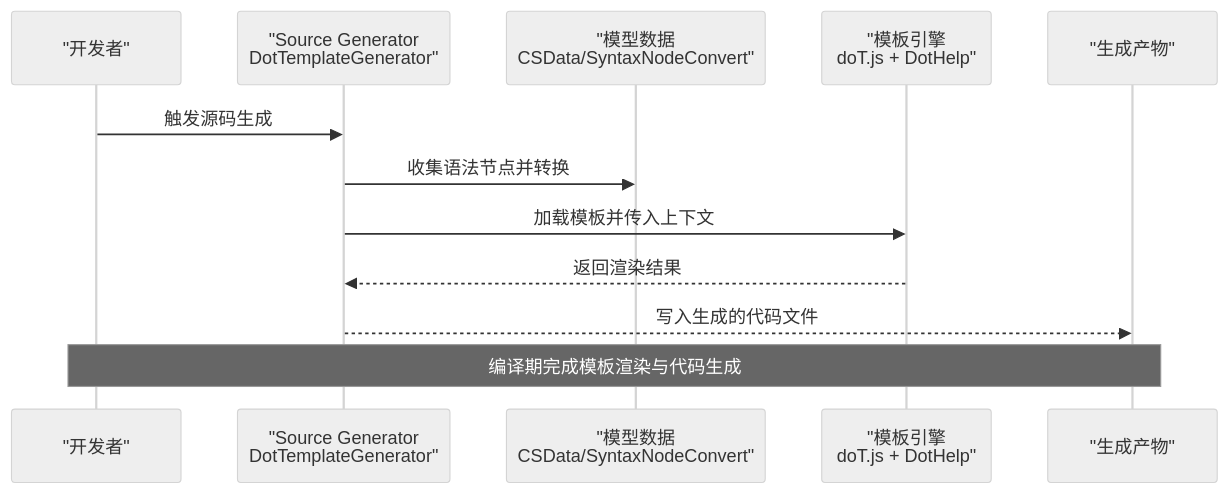
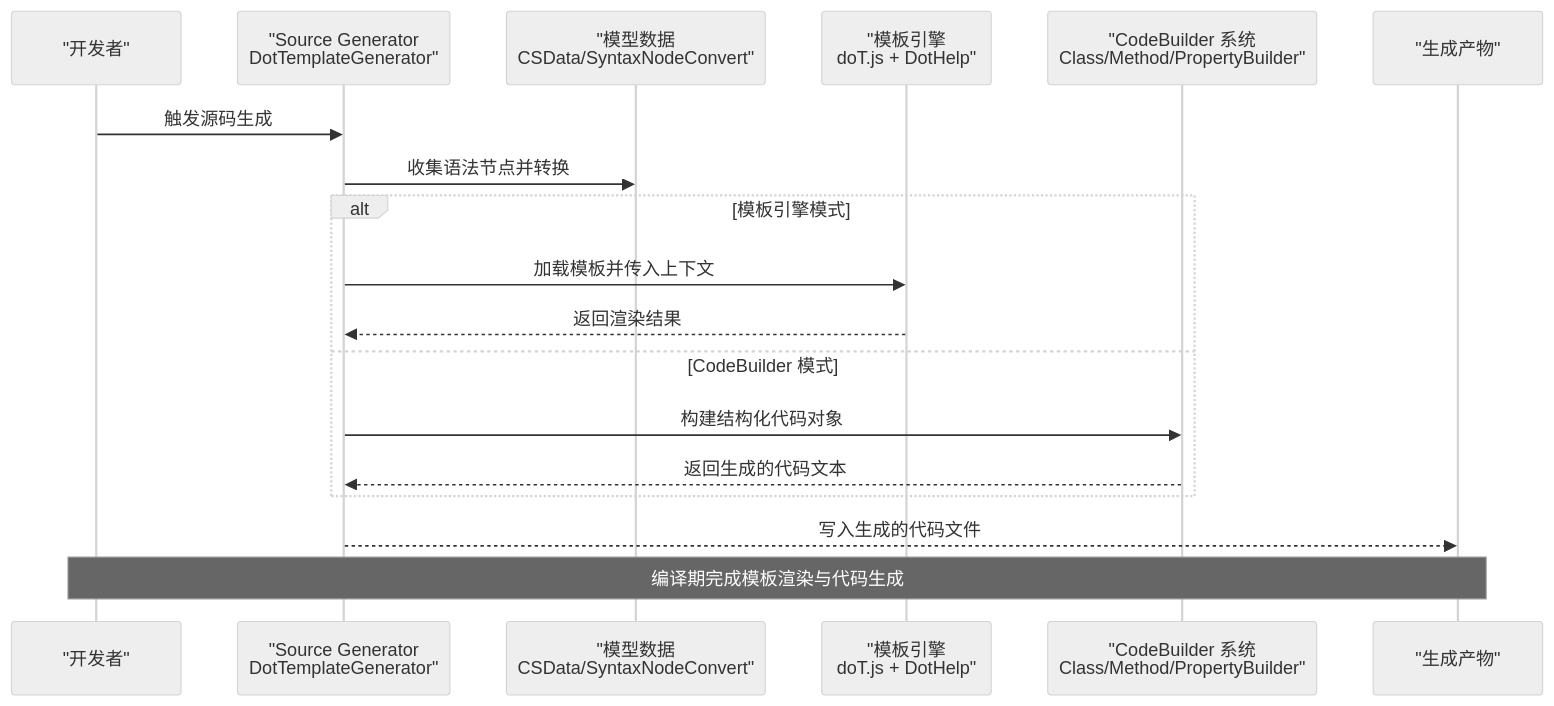
One commit to alivy/AutoCode changed the second of 11 diagrams in .qoder/repowiki/zh/content/核心概念/模板引擎机制.md. Above: the diagram before and after it, drawn with Mermaid (neutral theme). The commit also changed other lines of this file and 279 other files, not shown here.

````diff
--- a/.qoder/repowiki/zh/content/核心概念/模板引擎机制.md
+++ b/.qoder/repowiki/zh/content/核心概念/模板引擎机制.md
@@ -116,14 +152,20 @@
 ```mermaid
 sequenceDiagram
 participant Dev as "开发者"
 participant SG as "Source Generator<br/>DotTemplateGenerator"
 participant Model as "模型数据<br/>CSData/SyntaxNodeConvert"
 participant Engine as "模板引擎<br/>doT.js + DotHelp"
+participant Builder as "CodeBuilder 系统<br/>Class/Method/PropertyBuilder"
 participant Output as "生成产物"
 Dev->>SG : 触发源码生成
 SG->>Model : 收集语法节点并转换
+alt 模板引擎模式
 SG->>Engine : 加载模板并传入上下文
 Engine-->>SG : 返回渲染结果
+else CodeBuilder 模式
+SG->>Builder : 构建结构化代码对象
+Builder-->>SG : 返回生成的代码文本
+end
 SG-->>Output : 写入生成的代码文件
 Note over Dev,Output : 编译期完成模板渲染与代码生成
 ```
````
